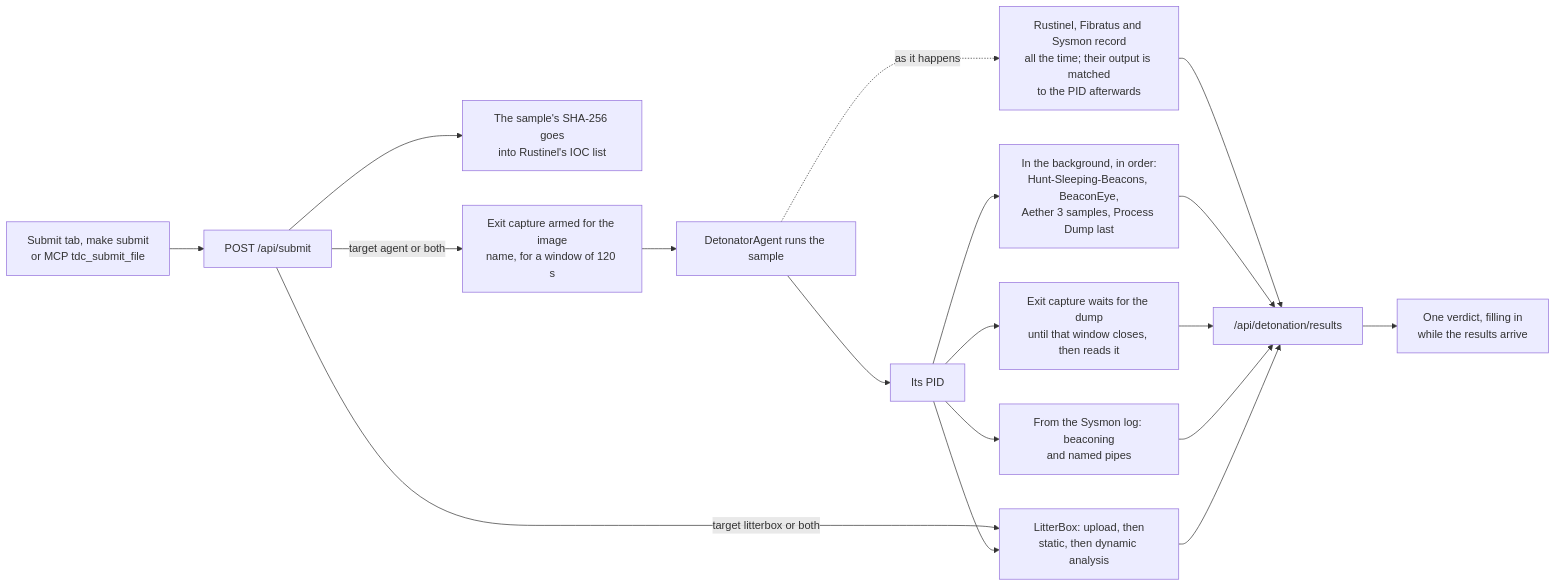
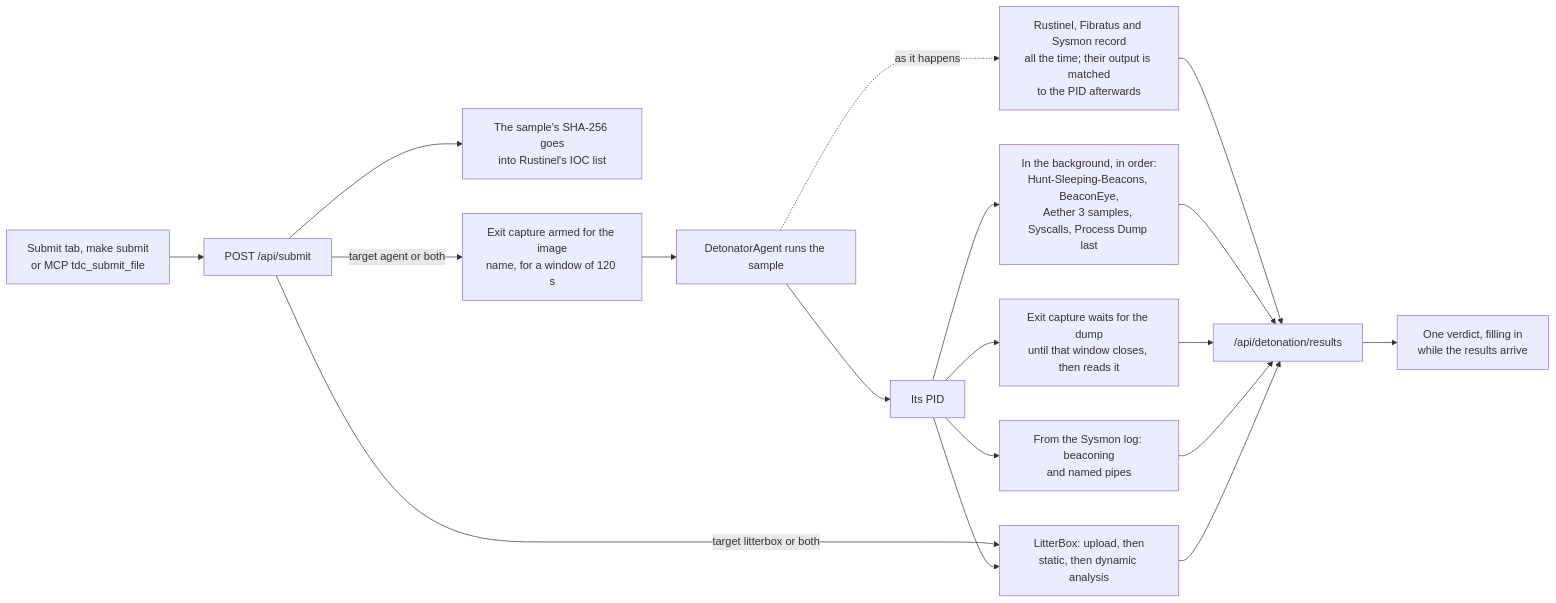
Before and after one commit to BenjiTrapp/transportable-detonation-chamber: the diagram in docs/workflow.md, drawn with Mermaid. The commit also changed 6 other files, not shown here.

````diff
--- a/docs/workflow.md
+++ b/docs/workflow.md
@@ -24,20 +24,20 @@
 ```mermaid
 flowchart LR
     SUBMIT["Submit tab, make submit<br/>or MCP tdc_submit_file"] --> API["POST /api/submit"]
     API --> IOC["The sample's SHA-256 goes<br/>into Rustinel's IOC list"]
     API -->|"target agent or both"| ARM["Exit capture armed for the image<br/>name, for a window of 120 s"]
     ARM --> RUN["DetonatorAgent runs the sample"]
     RUN --> PID["Its PID"]
     RUN -.->|"as it happens"| ENGINES["Rustinel, Fibratus and Sysmon record<br/>all the time; their output is matched<br/>to the PID afterwards"]
     API -->|"target litterbox or both"| LB["LitterBox: upload, then<br/>static, then dynamic analysis"]
     PID --> LB
-    PID --> SCANS["In the background, in order:<br/>Hunt-Sleeping-Beacons, BeaconEye,<br/>Aether 3 samples, Process Dump last"]
+    PID --> SCANS["In the background, in order:<br/>Hunt-Sleeping-Beacons, BeaconEye,<br/>Aether 3 samples, Syscalls, Process Dump last"]
     PID --> WATCH["Exit capture waits for the dump<br/>until that window closes, then reads it"]
     PID --> LOG["From the Sysmon log: beaconing<br/>and named pipes"]
     ENGINES --> RESULTS["/api/detonation/results"]
     SCANS --> RESULTS
     WATCH --> RESULTS
     LOG --> RESULTS
     LB --> RESULTS
     RESULTS --> VERDICT["One verdict, filling in<br/>while the results arrive"]
 ```
````
